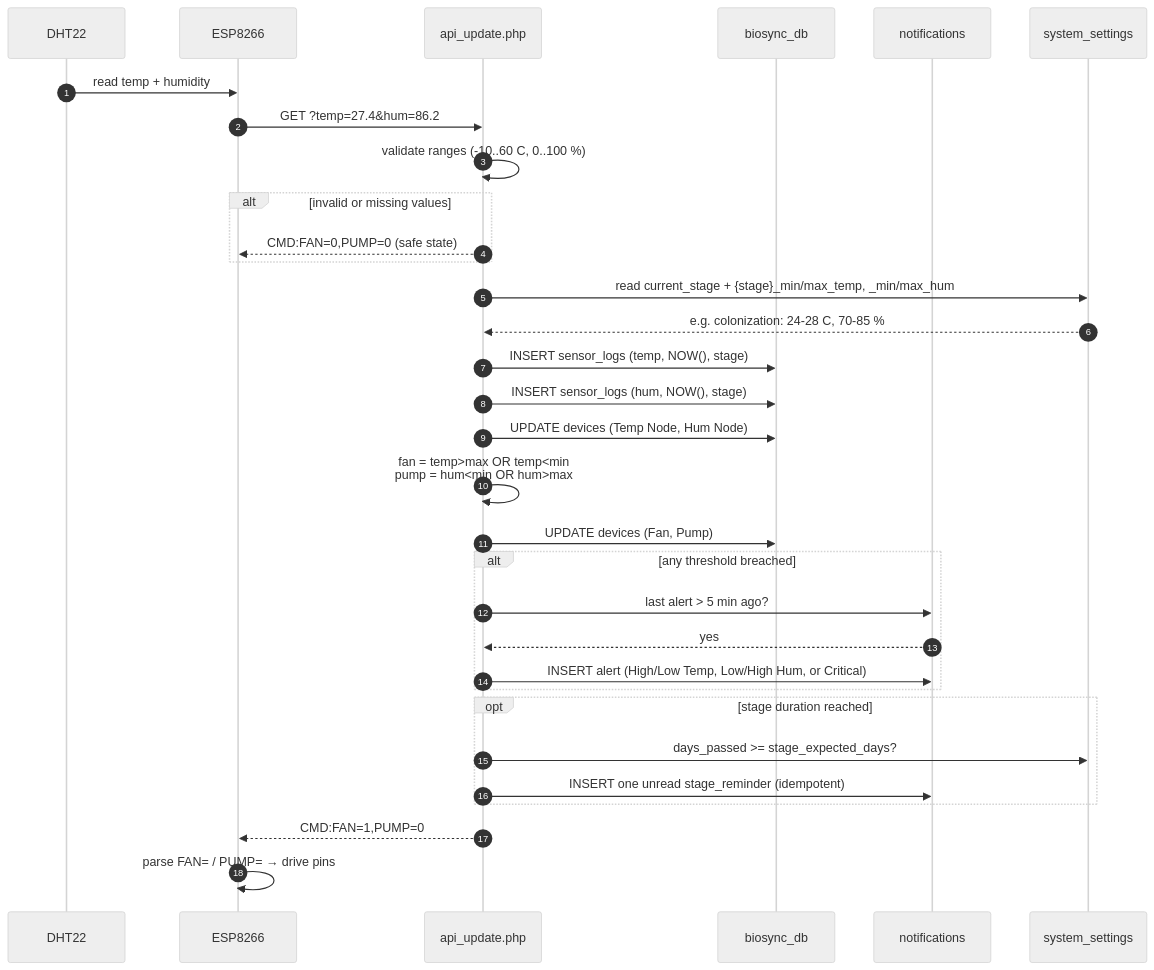
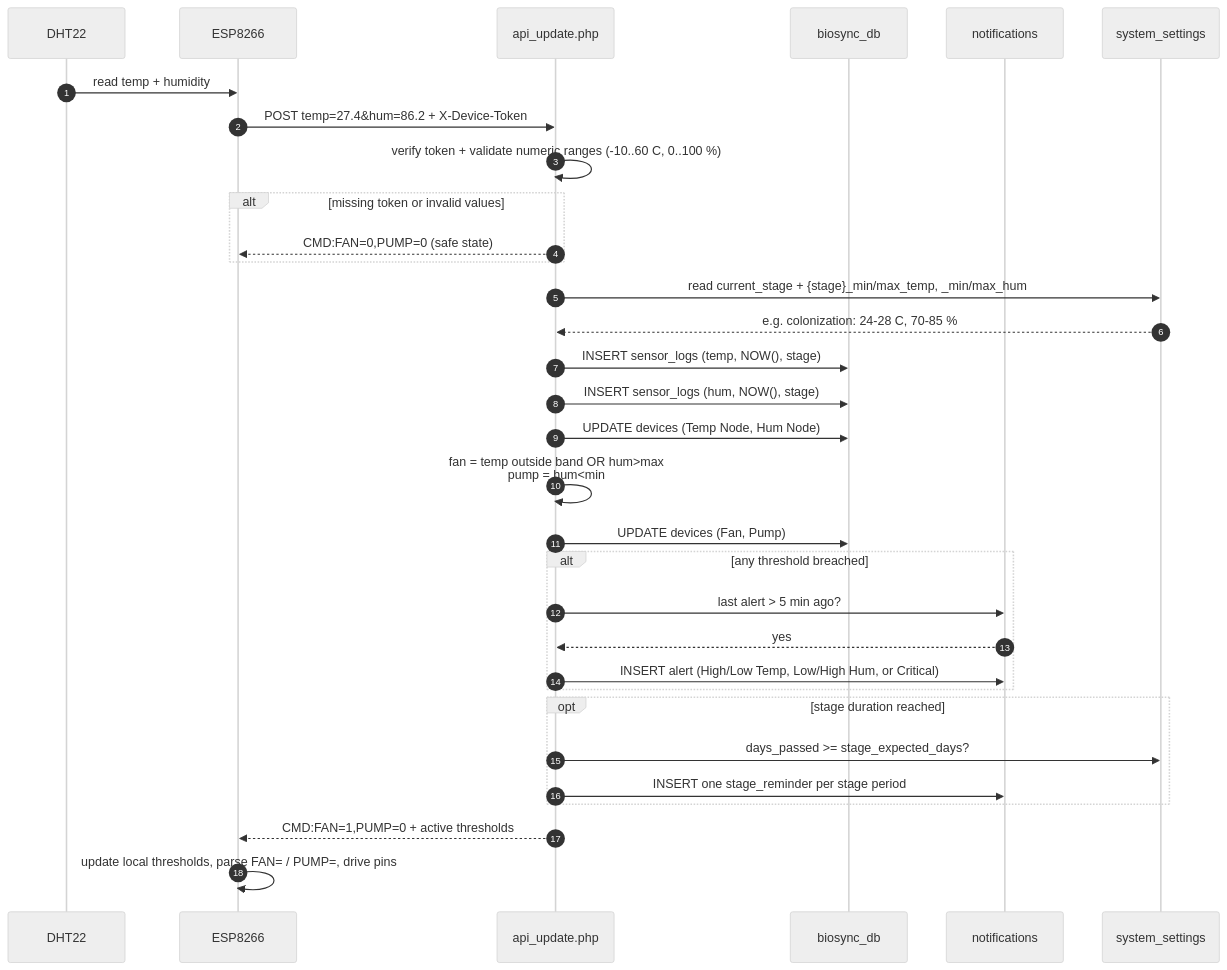
Before and after one commit to austinfeguro-png/mushroomsystem: the second of 4 diagrams in SYSTEM_DIAGRAMS.md, drawn with Mermaid (neutral theme). The commit also changed other lines of this file and 12 other files, not shown here.

````diff
--- a/SYSTEM_DIAGRAMS.md
+++ b/SYSTEM_DIAGRAMS.md
@@ -72,35 +73,35 @@
 ```mermaid
 sequenceDiagram
     autonumber
     participant DHT as DHT22
     participant ESP as ESP8266
     participant API as api_update.php
     participant DB as biosync_db
     participant NOTIF as notifications
     participant SET as system_settings
 
     DHT->>ESP: read temp + humidity
-    ESP->>API: GET ?temp=27.4&hum=86.2
-    API->>API: validate ranges (-10..60 C, 0..100 %)
-    alt invalid or missing values
+    ESP->>API: POST temp=27.4&hum=86.2 + X-Device-Token
+    API->>API: verify token + validate numeric ranges (-10..60 C, 0..100 %)
+    alt missing token or invalid values
         API-->>ESP: CMD:FAN=0,PUMP=0 (safe state)
     end
     API->>SET: read current_stage + {stage}_min/max_temp, _min/max_hum
     SET-->>API: e.g. colonization: 24-28 C, 70-85 %
     API->>DB: INSERT sensor_logs (temp, NOW(), stage)
     API->>DB: INSERT sensor_logs (hum, NOW(), stage)
     API->>DB: UPDATE devices (Temp Node, Hum Node)
-    API->>API: fan = temp>max OR temp<min<br/>pump = hum<min OR hum>max
+    API->>API: fan = temp outside band OR hum>max<br/>pump = hum<min
     API->>DB: UPDATE devices (Fan, Pump)
     alt any threshold breached
         API->>NOTIF: last alert > 5 min ago?
         NOTIF-->>API: yes
         API->>NOTIF: INSERT alert (High/Low Temp, Low/High Hum, or Critical)
     end
     opt stage duration reached
         API->>SET: days_passed >= stage_expected_days?
-        API->>NOTIF: INSERT one unread stage_reminder (idempotent)
+        API->>NOTIF: INSERT one stage_reminder per stage period
     end
-    API-->>ESP: CMD:FAN=1,PUMP=0
-    ESP->>ESP: parse FAN= / PUMP= → drive pins
+    API-->>ESP: CMD:FAN=1,PUMP=0 + active thresholds
+    ESP->>ESP: update local thresholds, parse FAN= / PUMP=, drive pins
 ```
````
